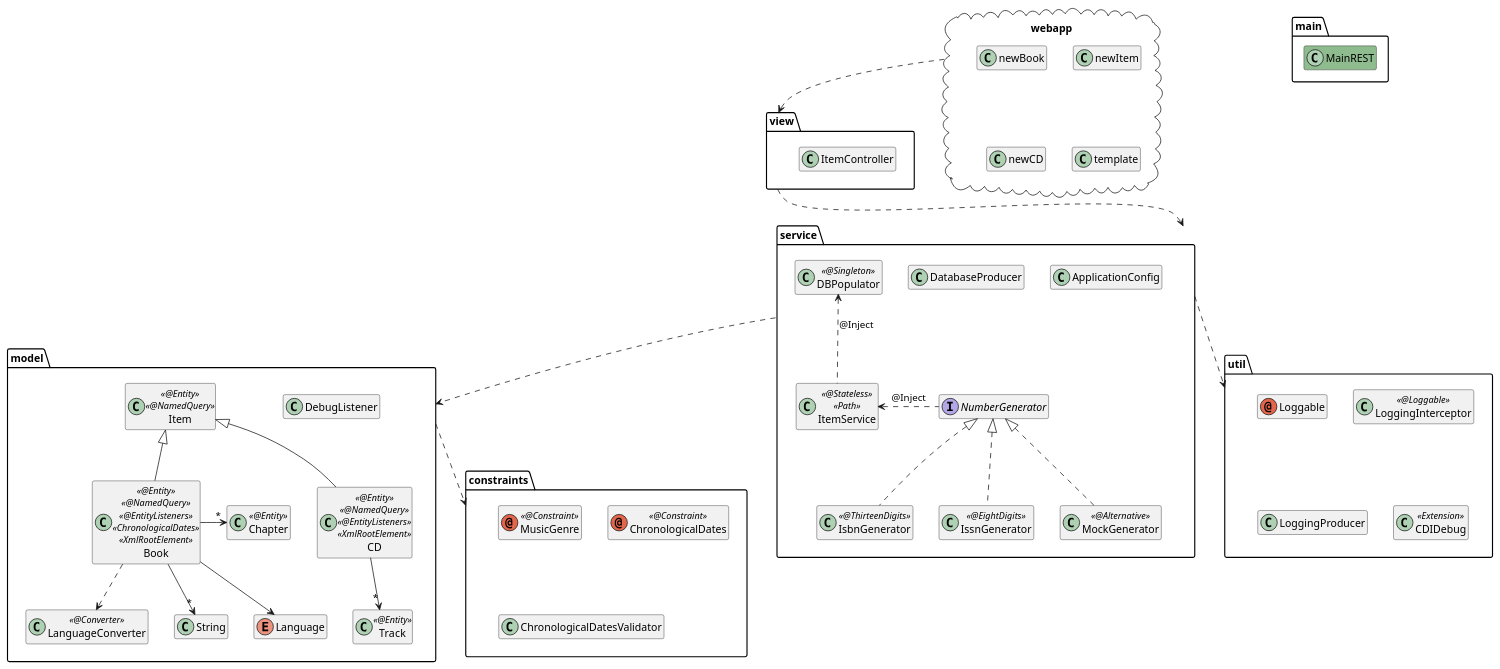
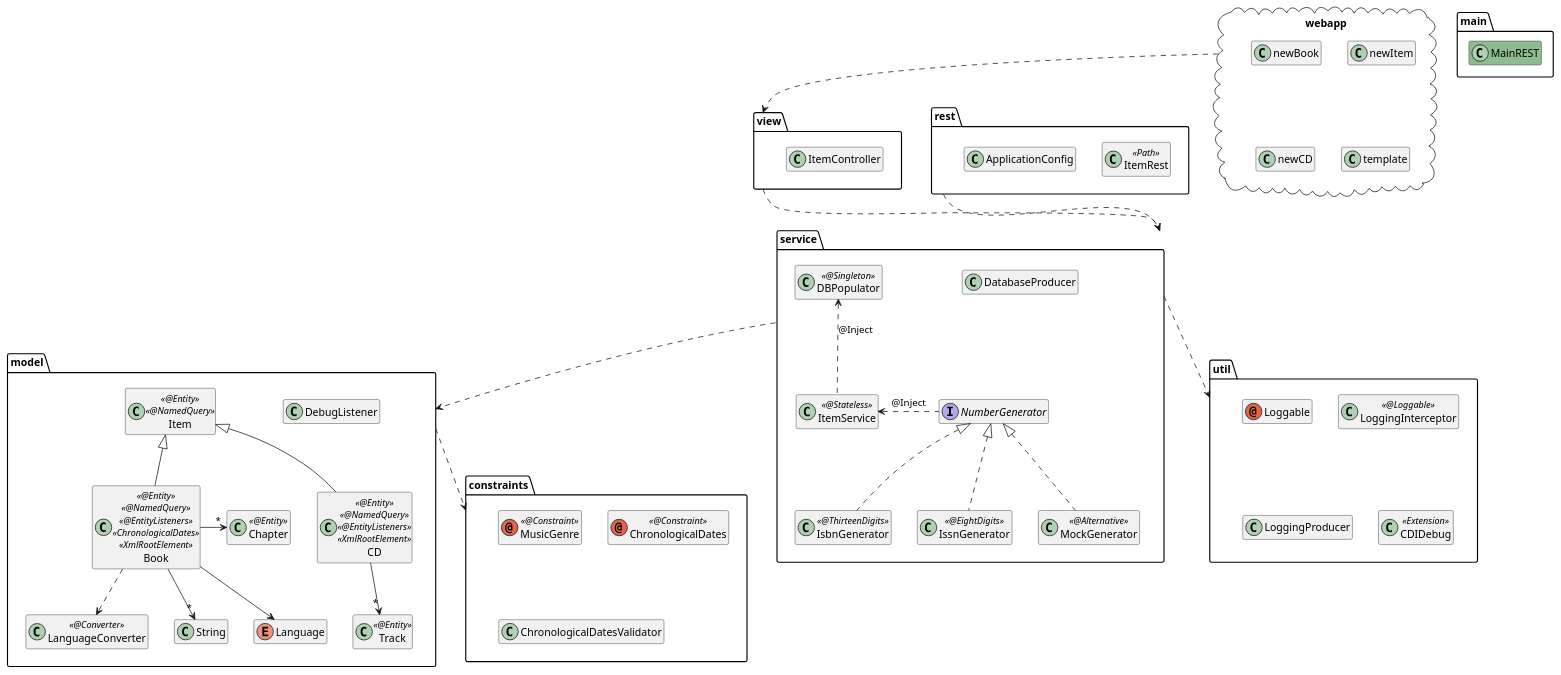
The diagram in 17-JAXRS/demo17.puml (agoncal/agoncal-training-javaee7), drawn with PlantUML before and after one commit. The commit also changed 52 other files, not shown here.

```diff
--- a/17-JAXRS/demo17.puml
+++ b/17-JAXRS/demo17.puml
@@ -1,76 +1,81 @@
 @startuml
 
 hide members
 
 package "main" {
     class MainREST #8FBC8F
 }
 
 package "webapp"  <<Cloud>> {
     class newItem
     class newBook
     class newCD
     class template
 }
 
 package "view"  {
     class ItemController
 }
 
+package "rest"  {
+    class ItemRest  << Path >>
+    class ApplicationConfig
+}
+
 package "service" {
     interface NumberGenerator
     class IsbnGenerator << @ThirteenDigits >>
     class IssnGenerator << @EightDigits >>
     class MockGenerator << @Alternative >>
-    class ItemService << @Stateless >> << Path >>
-    class ApplicationConfig
+    class ItemService << @Stateless >>
     class DatabaseProducer
     class DBPopulator << @Singleton >>
 
     ItemService <.right. NumberGenerator : @Inject
     DBPopulator <.down. ItemService : @Inject
     NumberGenerator <|.. IsbnGenerator
     NumberGenerator <|.. IssnGenerator
     NumberGenerator <|.. MockGenerator
 }
 
 package "model" {
     class DebugListener
     class Item << @Entity >> << @NamedQuery >>
     class CD << @Entity >> << @NamedQuery >> << @EntityListeners >> << XmlRootElement >>
     class Track << @Entity >>
     class Chapter << @Entity >>
     class Book << @Entity >> << @NamedQuery >> << @EntityListeners >> << ChronologicalDates >> << XmlRootElement >>
     class String
     enum Language
     class LanguageConverter << @Converter >>
 
     Item <|-- CD
     Item <|-- Book
     CD --> "*" Track
     Book --> "*" String
     Book -right-> "*" Chapter
     Book --> Language
     Book ..> LanguageConverter
 }
 
 package "constraints" {
     annotation MusicGenre << @Constraint >>
     annotation ChronologicalDates << @Constraint >>
     class ChronologicalDatesValidator
 }
 
 package "util" {
     annotation Loggable
     class LoggingInterceptor << @Loggable >>
     class LoggingProducer
     class CDIDebug << Extension >>
 }
 
 webapp ..> view
+rest ..> service
 view ..> service
 service ..> model
 service ..> util
 model ..> constraints
 
 @enduml
```
